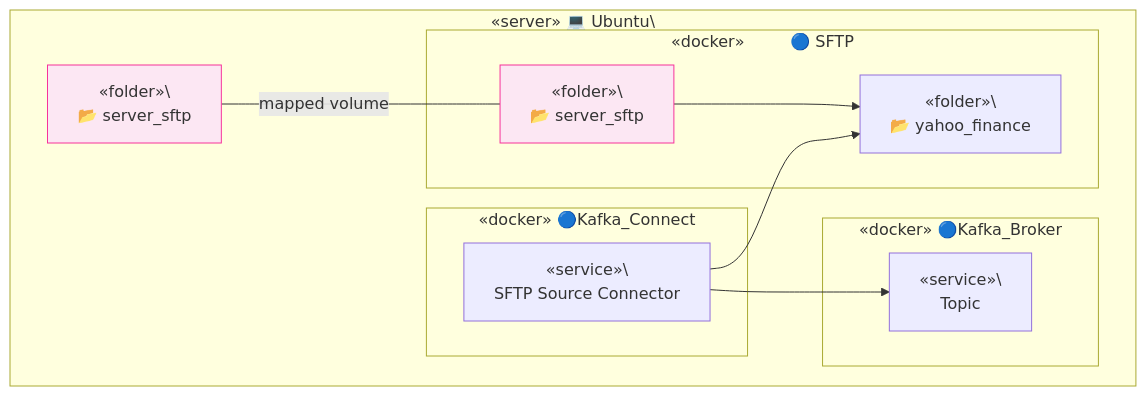
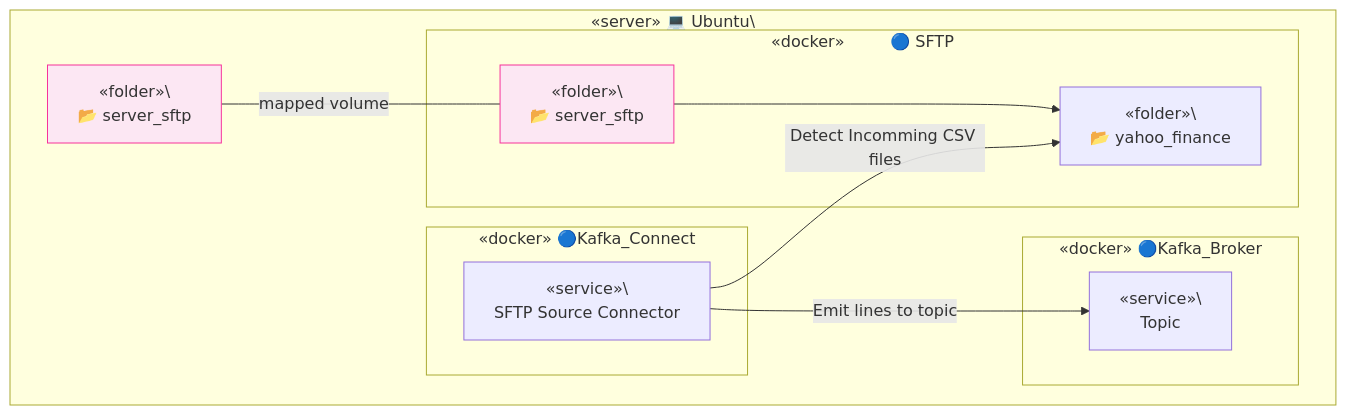
The fifth of 5 diagrams in server_sftp/README.md (TrulyDigital/DATA_STREET), drawn with Mermaid before and after one commit.

Commit message:
feat: server-sftp uptade

````diff
--- a/server_sftp/README.md
+++ b/server_sftp/README.md
@@ -96,29 +96,29 @@
 ```mermaid
 graph TD
     subgraph Container_A [«server» 💻 Ubuntu\<br/>]
         A1[«folder»\<br/> 📂 server_sftp]
         A1:::note_a1
 
         subgraph Container_B [«docker»&nbsp;&nbsp;&nbsp;&nbsp;&nbsp;&nbsp;&nbsp;&nbsp;&nbsp;🔵 SFTP]
             B1[«folder»\<br/> 📂 server_sftp]
             B1:::note_b1
             B2[«folder»\<br/> 📂 yahoo_finance]
         end
 
         subgraph Container_C [«docker» 🔵Kafka_Connect]
             C1[«service»\<br/> SFTP Source Connector]
         end
 
         subgraph Container_D [«docker» 🔵Kafka_Broker]
             D1[«service»\<br/> Topic]
         end 
 
         A1 -- mapped volume --- B1
         B1 --> B2
-        C1 --> B2
-        C1 --> D1
+        C1 -- Detect Incomming CSV files --> B2
+        C1 -- Emit lines to topic --> D1
 
         classDef note_a1 fill:#fce7f3,stroke:#f6339a,stroke-width:1px;
         classDef note_b1 fill:#fce7f3,stroke:#f6339a,stroke-width:1px;
     end
 ```
````
